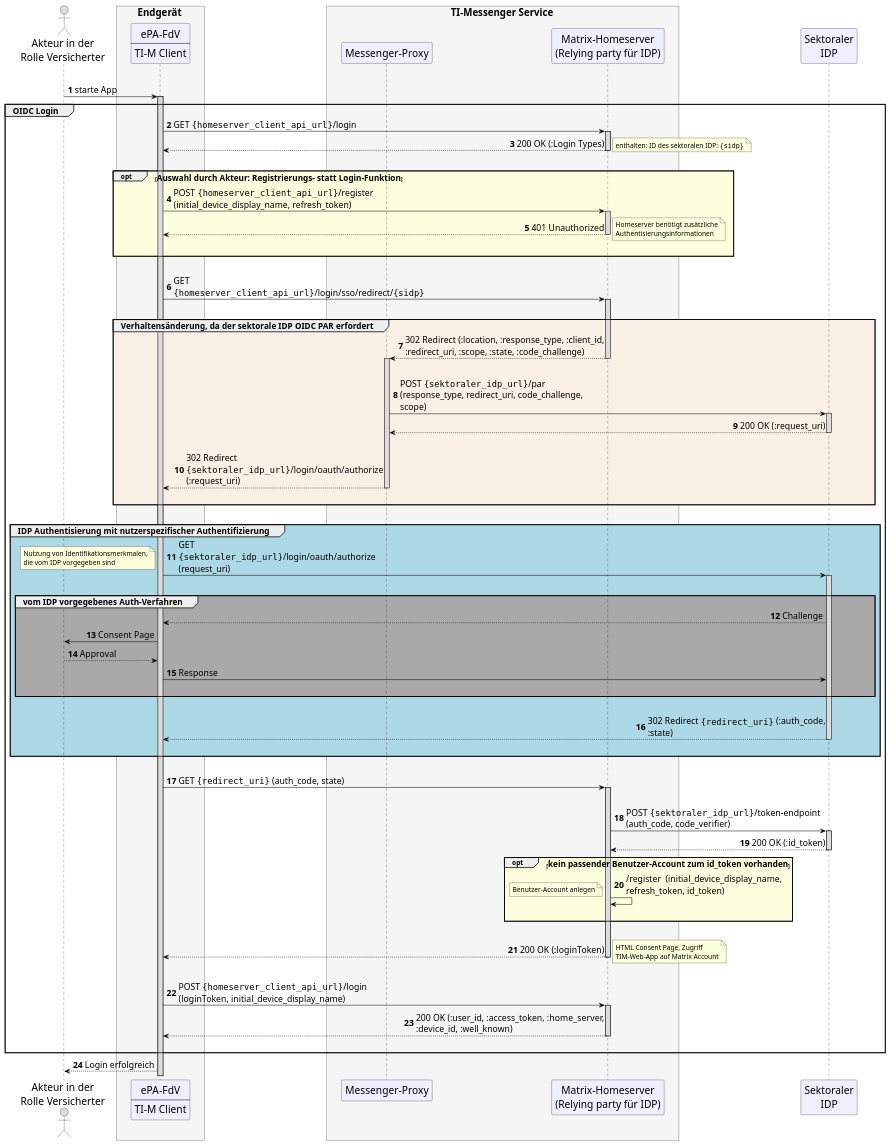
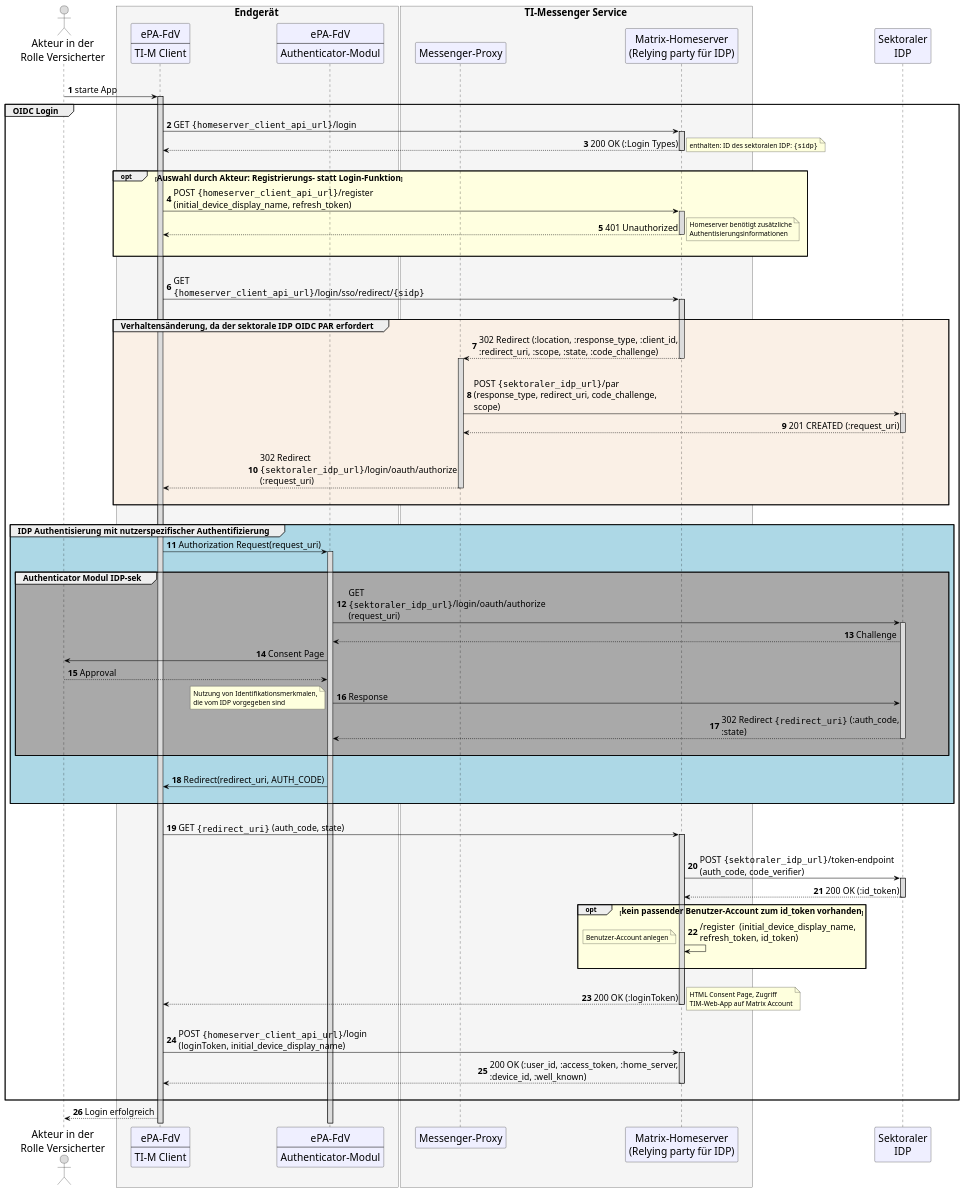
One commit to gematik/api-ti-messenger changed the diagram in src/plantuml/TI-M_ePA/TI-Messenger_OIDC_login_fdv_simplified.puml. Above: the diagram before and after it, drawn with PlantUML.

Commit message:
added IDP Authenticator Modul

```diff
--- a/src/plantuml/TI-M_ePA/TI-Messenger_OIDC_login_fdv_simplified.puml
+++ b/src/plantuml/TI-M_ePA/TI-Messenger_OIDC_login_fdv_simplified.puml
@@ -1,121 +1,129 @@
 @startuml "TI-Messenger_OIDC_Login_simplified"
 skinparam sequenceMessageAlign direction
 skinparam WrapWidth 300
 skinparam BoxPadding 1
 skinparam ParticipantPadding 25
 skinparam sequenceReferenceHeaderBackgroundColor palegreen
 scale max 2048 width
 skinparam maxMessageSize 400
 
 skinparam sequence {
 ArrowColor black
 ArrowFontSize 17
 ActorBorderColor black
 LifeLineBorderColor black
 LifeLineBackgroundColor Gainsboro
 
 ParticipantBorderColor Motivation
 ParticipantBackgroundColor Motivation
 ParticipantFontSize 20
 ParticipantFontColor black
 ParticipantBorderColor Black
 ParticipantBackgroundColor MOTIVATION
 
 ActorBackgroundColor Gainsboro
 ActorFontColor black
 ActorFontSize 20
 }
 
 autonumber
 
 actor us as "Akteur in der\nRolle Versicherter"
 box <size:19>Endgerät</size> #WhiteSmoke
     participant app [
       ePA-FdV
       ----
       TI-M Client
     ]
+     participant auth [
+      ePA-FdV
+      ----
+      Authenticator-Modul
+    ]
 end box
 box <size:19>TI-Messenger Service</size> #WhiteSmoke
   participant pr as "Messenger-Proxy"
   participant hs as "Matrix-Homeserver\n(Relying party für IDP)"
 end box
 participant idp as "Sektoraler\nIDP"
 
 |||
 
 us -> app: starte App
 
 activate app
   group <size:16>OIDC Login</size>
     app -> hs ++: GET ""{homeserver_client_api_url}""/login
     hs --> app --: 200 OK (:Login Types)
     note right
     enthalten: ID des sektoralen IDP: ""{sidp}""
     end note
     |||
     opt #LightYellow <size:16>Auswahl durch Akteur: Registrierungs- statt Login-Funktion</size>
     app -> hs ++: POST ""{homeserver_client_api_url}""/register (initial_device_display_name, refresh_token)
     hs --> app --: 401 Unauthorized
     note right
     Homeserver benötigt zusätzliche Authentisierungsinformationen
     end note
     |||
     end
     |||
     app -> hs++: GET ""{homeserver_client_api_url}""/login/sso/redirect/""{sidp}""
     |||
     group #Linen <size:16>Verhaltensänderung, da der sektorale IDP OIDC PAR erfordert</size>
       hs --> pr --++: 302 Redirect (:location, :response_type, :client_id, :redirect_uri, :scope, :state, :code_challenge)
       |||
       pr -> idp ++: POST ""{sektoraler_idp_url}""/par (response_type, redirect_uri, code_challenge, scope)
 
-      idp --> pr --: 200 OK (:request_uri)
+      idp --> pr --: 201 CREATED (:request_uri)
       |||
       pr --> app --: 302 Redirect ""{sektoraler_idp_url}""/login/oauth/authorize (:request_uri)
       |||
     end
     |||
     group #LightBlue <size:16>IDP Authentisierung mit nutzerspezifischer Authentifizierung</size>
-      app -> idp ++: GET ""{sektoraler_idp_url}""/login/oauth/authorize (request_uri)
-      note left
-      Nutzung von Identifikationsmerkmalen,
-      die vom IDP vorgegeben sind
-      end note
+      app -> auth ++ : Authorization Request(request_uri)
+      
       |||
-      group #DarkGray <size:16>vom IDP vorgegebenes Auth-Verfahren</size>
-        idp --> app: Challenge
-        app -> us: Consent Page
-        us --> app: Approval
-        app -> idp: Response
+      group #DarkGray <size:16>Authenticator Modul IDP-sek</size>
+        auth -> idp ++: GET ""{sektoraler_idp_url}""/login/oauth/authorize (request_uri)
+        idp --> auth: Challenge
+        auth -> us: Consent Page
+        us --> auth: Approval
+        auth -> idp: Response
+        note left
+        Nutzung von Identifikationsmerkmalen,
+        die vom IDP vorgegeben sind
+        end note
+        idp --> auth --: 302 Redirect ""{redirect_uri}"" (:auth_code, :state)
       |||
       end
       |||
-      idp --> app --: 302 Redirect ""{redirect_uri}"" (:auth_code, :state)
+      auth ->app: Redirect(redirect_uri, AUTH_CODE)
       |||
     end
     |||
     app -> hs ++: GET ""{redirect_uri}"" (auth_code, state)
     |||
     hs -> idp ++: POST ""{sektoraler_idp_url}""/token-endpoint (auth_code, code_verifier)
     idp --> hs --: 200 OK (:id_token)
     opt #LightYellow <size:16>kein passender Benutzer-Account zum id_token vorhanden</size>
     hs -> hs: /register  (initial_device_display_name, refresh_token, id_token)
     note left
     Benutzer-Account anlegen
     end note
     |||
     end
     |||
     hs --> app --: 200 OK (:loginToken)
     note right
     HTML Consent Page, Zugriff
     TIM-Web-App auf Matrix Account
     end note
     |||
     app -> hs ++: POST ""{homeserver_client_api_url}""/login (loginToken, initial_device_display_name)
     hs --> app --: 200 OK (:user_id, :access_token, :home_server, :device_id, :well_known)
     |||
   end
   app --> us: Login erfolgreich
 @enduml
```
